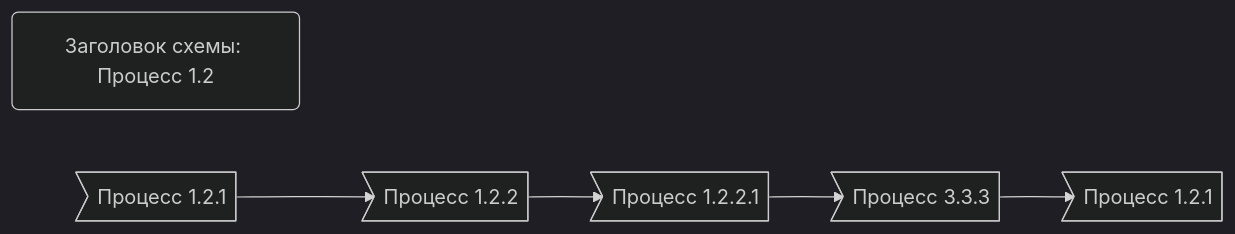
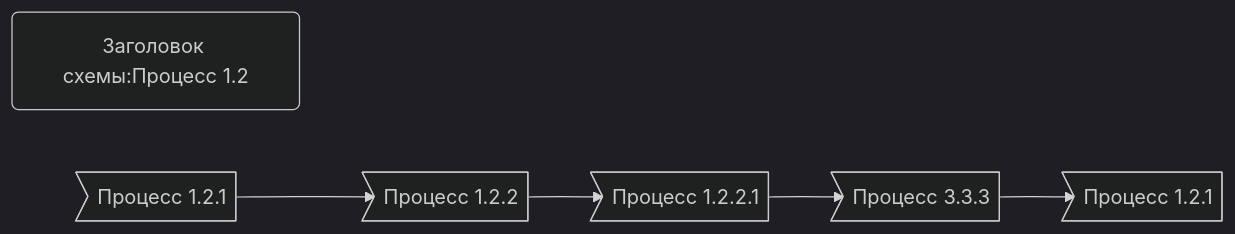
One commit to bpmbpm/doc changed the diagram in METAMODEL/PROCESS/subprocess.md. Above: the diagram before and after it, drawn with Mermaid (dark theme).

````diff
--- a/METAMODEL/PROCESS/subprocess.md
+++ b/METAMODEL/PROCESS/subprocess.md
@@ -15,6 +15,6 @@
 ``` mermaid
 flowchart LR
-1.2(Заголовок схемы: Процесс 1.2)
+1.2(Заголовок схемы:Процесс 1.2)
     1.2.1>Процесс 1.2.1] --> 1.2.2>Процесс 1.2.2] --> 1.2.1.1>Процесс 1.2.2.1]--> 3.3.3>Процесс 3.3.3] --> 1.2.2_>Процесс 1.2.1]
 
 ```  
````
